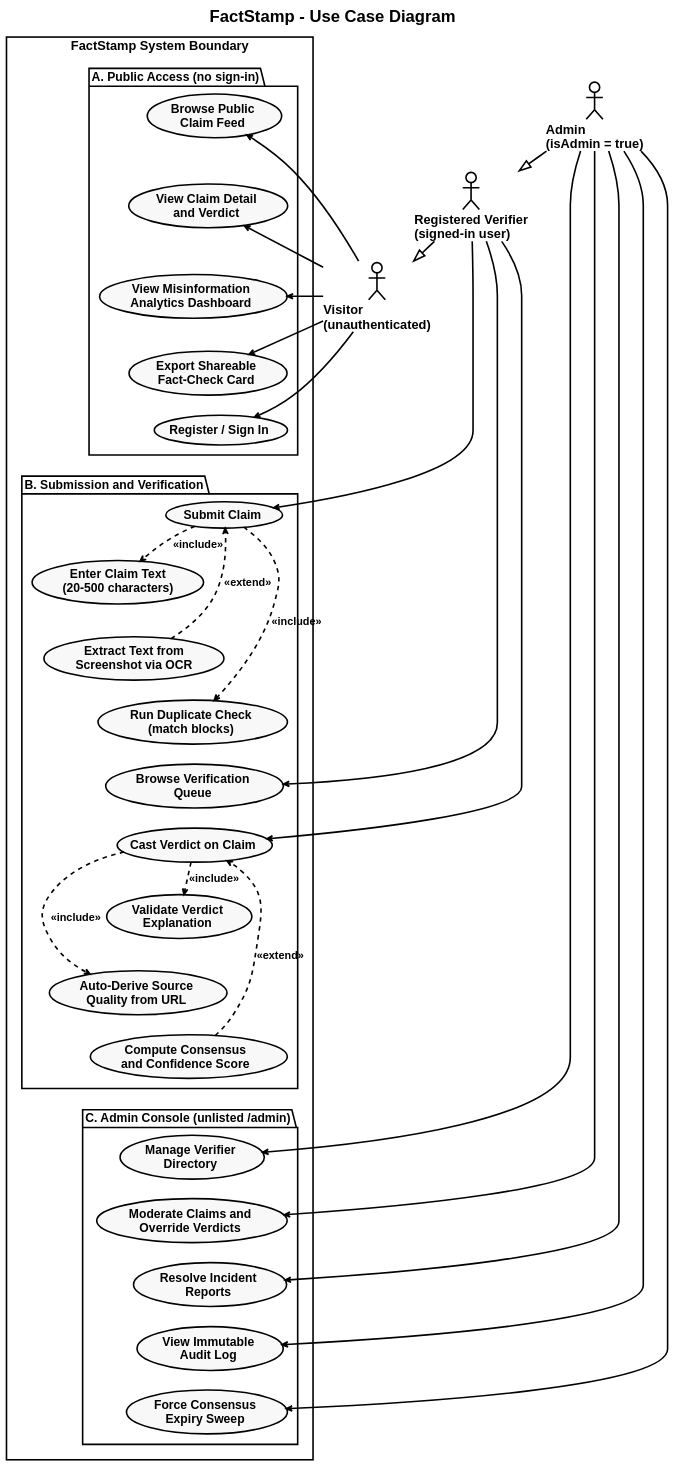
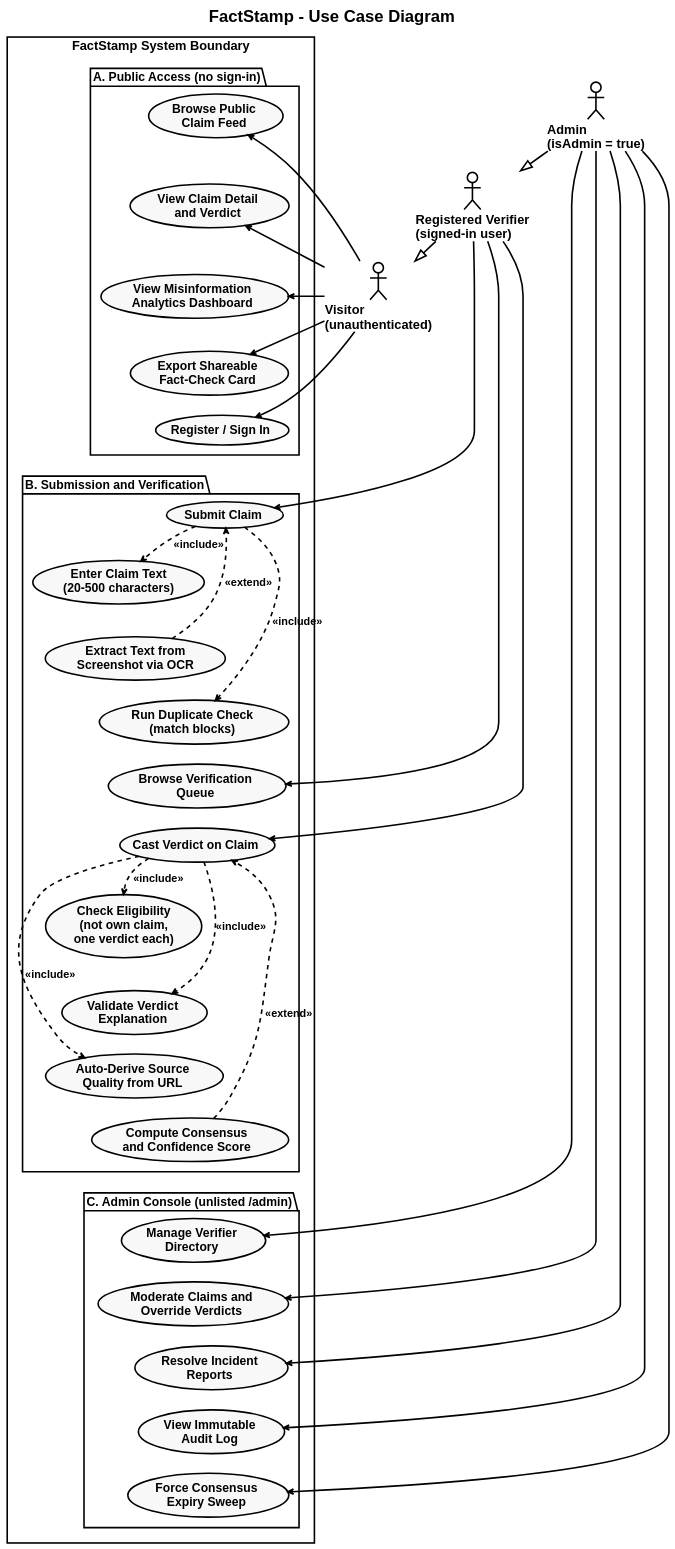
Before and after one commit to aadish0day/typst: the diagram in FactStamp/main_blackbook/03_Requirements_and_Analysis/attachments/use_case_diagram.puml, drawn with PlantUML. The commit also changed 36 other files, not shown here.

First line of the commit message:
docs(FactStamp): reflect reputation cloud function in diagrams and wireframes

```diff
--- a/FactStamp/main_blackbook/03_Requirements_and_Analysis/attachments/use_case_diagram.puml
+++ b/FactStamp/main_blackbook/03_Requirements_and_Analysis/attachments/use_case_diagram.puml
@@ -1,131 +1,134 @@
 @startuml
 skinparam style strictuml
 skinparam monochrome true
 skinparam defaultFontName "Liberation Sans"
 skinparam defaultFontSize 20
 skinparam defaultFontStyle bold
 skinparam titleFontSize 26
 skinparam titleFontStyle bold
 
 skinparam backgroundColor white
 skinparam ArrowColor black
 skinparam ArrowThickness 2.5
 skinparam ArrowFontSize 17
 skinparam ArrowFontStyle bold
 
 skinparam UsecaseBorderColor black
 skinparam UsecaseBorderThickness 2.5
 skinparam UsecaseBackgroundColor #F8F9FA
 skinparam UsecaseFontSize 19
 skinparam UsecaseFontStyle bold
 
 skinparam ActorBorderColor black
 skinparam ActorBorderThickness 2.5
 skinparam ActorBackgroundColor #FFFFFF
 skinparam ActorFontSize 20
 skinparam ActorFontStyle bold
 
 skinparam RectangleBorderColor black
 skinparam RectangleBorderThickness 2.5
 skinparam RectangleBackgroundColor transparent
 skinparam RectangleFontSize 20
 skinparam RectangleFontStyle bold
 
 title FactStamp - Use Case Diagram
 
 skinparam nodesep 18
 skinparam ranksep 30
 skinparam PackageBorderColor black
 skinparam PackageBorderThickness 2.5
 skinparam PackageFontSize 19
 skinparam PackageFontStyle bold
 
 actor "Visitor\n(unauthenticated)" as Visitor
 actor "Registered Verifier\n(signed-in user)" as Verifier
 actor "Admin\n(isAdmin = true)" as Admin
 
 Verifier --|> Visitor
 Admin --|> Verifier
 
 rectangle "FactStamp System Boundary" {
 
   package "A. Public Access (no sign-in)" {
     usecase "Browse Public\nClaim Feed" as UC1
     usecase "View Claim Detail\nand Verdict" as UC2
     usecase "View Misinformation\nAnalytics Dashboard" as UC3
     usecase "Export Shareable\nFact-Check Card" as UC4
     usecase "Register / Sign In" as UC5
   }
 
   package "B. Submission and Verification" {
     usecase "Submit Claim" as UC6
     usecase "Enter Claim Text\n(20-500 characters)" as UC7
     usecase "Extract Text from\nScreenshot via OCR" as UC8
     usecase "Run Duplicate Check\n(match blocks)" as UC9
     usecase "Browse Verification\nQueue" as UC10
     usecase "Cast Verdict on Claim" as UC11
+    usecase "Check Eligibility\n(not own claim,\none verdict each)" as UC11E
     usecase "Validate Verdict\nExplanation" as UC12
     usecase "Auto-Derive Source\nQuality from URL" as UC13
     usecase "Compute Consensus\nand Confidence Score" as UC14
   }
 
   package "C. Admin Console (unlisted /admin)" {
     usecase "Manage Verifier\nDirectory" as UC15
     usecase "Moderate Claims and\nOverride Verdicts" as UC16
     usecase "Resolve Incident\nReports" as UC17
     usecase "View Immutable\nAudit Log" as UC18
     usecase "Force Consensus\nExpiry Sweep" as UC19
   }
 }
 
 ' --- Force a single top-to-bottom column (A4 portrait) ---
 UC1 -[hidden]down- UC2
 UC2 -[hidden]down- UC3
 UC3 -[hidden]down- UC4
 UC4 -[hidden]down- UC5
 UC5 -[hidden]down- UC6
 UC6 -[hidden]down- UC7
 UC7 -[hidden]down- UC8
 UC8 -[hidden]down- UC9
 UC9 -[hidden]down- UC10
 UC10 -[hidden]down- UC11
-UC11 -[hidden]down- UC12
+UC11 -[hidden]down- UC11E
+UC11E -[hidden]down- UC12
 UC12 -[hidden]down- UC13
 UC13 -[hidden]down- UC14
 UC14 -[hidden]down- UC15
 UC15 -[hidden]down- UC16
 UC16 -[hidden]down- UC17
 UC17 -[hidden]down- UC18
 UC18 -[hidden]down- UC19
 
 ' --- Pin each actor beside its own group so association edges stay short ---
 UC5 -[hidden]down- Verifier
 UC14 -[hidden]down- Admin
 
 ' --- Visitor ---
 Visitor --> UC1
 Visitor --> UC2
 Visitor --> UC3
 Visitor --> UC4
 Visitor --> UC5
 
 ' --- Registered Verifier ---
 Verifier --> UC6
 Verifier --> UC10
 Verifier --> UC11
 
 UC6 ..> UC7 : <<include>>
 UC6 ..> UC9 : <<include>>
 UC8 ..> UC6 : <<extend>>
+UC11 ..> UC11E : <<include>>
 UC11 ..> UC12 : <<include>>
 UC11 ..> UC13 : <<include>>
 UC14 ..> UC11 : <<extend>>
 
 ' --- Admin ---
 Admin --> UC15
 Admin --> UC16
 Admin --> UC17
 Admin --> UC18
 Admin --> UC19
 
 @enduml
```
